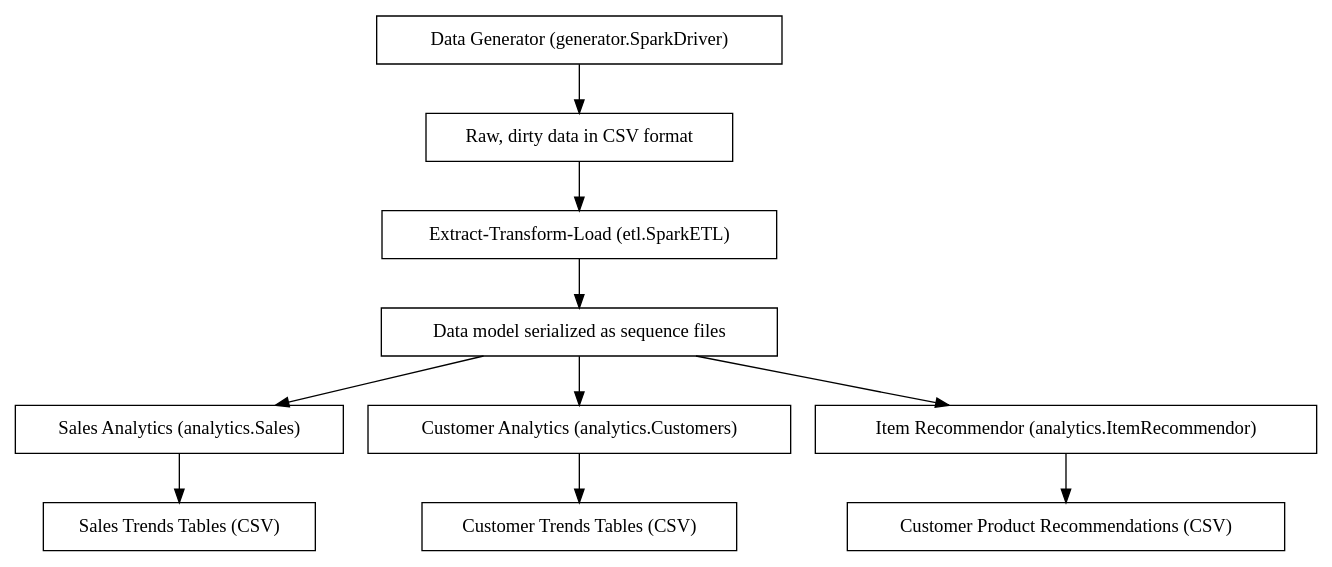
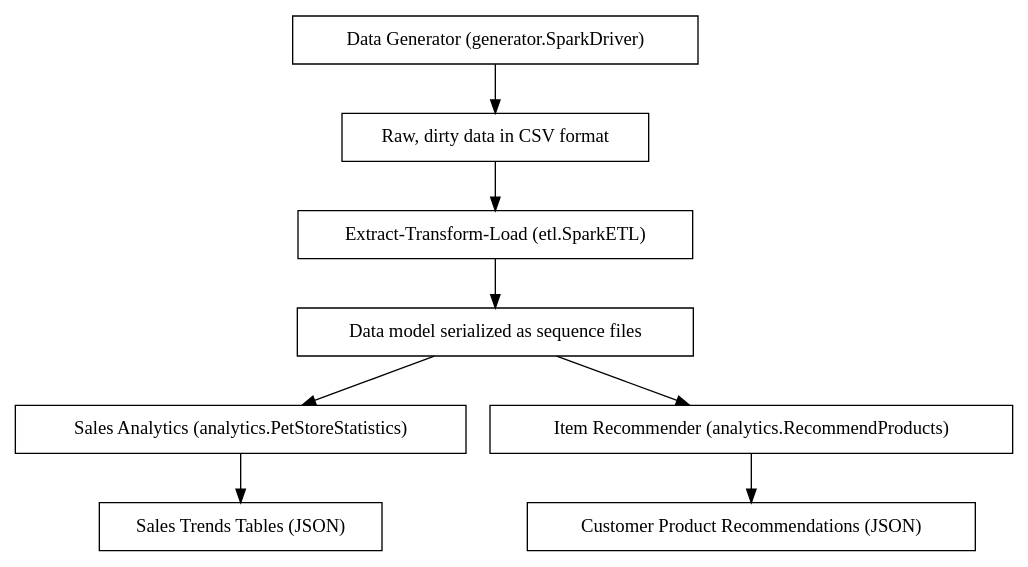
One commit to apache/bigtop changed the diagram in bigtop-bigpetstore/bigpetstore-spark/arch.dot. Above: the diagram before and after it, drawn with Graphviz.

Commit message:
BIGTOP-2695: arch.dot for bigpetstore-spark is outdated

```diff
--- a/bigtop-bigpetstore/bigpetstore-spark/arch.dot
+++ b/bigtop-bigpetstore/bigpetstore-spark/arch.dot
@@ -1,36 +1,33 @@
 /**
 * Licensed to the Apache Software Foundation (ASF) under one or more
 * contributor license agreements.  See the NOTICE file distributed with
 * this work for additional information regarding copyright ownership.
 * The ASF licenses this file to You under the Apache License, Version 2.0
 * (the "License"); you may not use this file except in compliance with
 * the License.  You may obtain a copy of the License at
 * http://www.apache.org/licenses/LICENSE-2.0
 *
 * Unless required by applicable law or agreed to in writing, software
 * distributed under the License is distributed on an "AS IS" BASIS,
 * WITHOUT WARRANTIES OR CONDITIONS OF ANY KIND, either express or implied.
 * See the License for the specific language governing permissions and
 * limitations under the License.
 */
 digraph bigpetstore {
 
    node [shape=record];
 
 
    DIRTY_CSV [label="Raw, dirty data in CSV format"];
    STRUCTURED_DATA [label="Data model serialized as sequence files"];
    generator [label="Data Generator (generator.SparkDriver)"];
    ETL [label="Extract-Transform-Load (etl.SparkETL)"];
-   SalesAnalytics [label="Sales Analytics (analytics.Sales)"];
-   SalesTables [label="Sales Trends Tables (CSV)"];
-   CustomerAnalytics [label="Customer Analytics (analytics.Customers)"];
-   CustomerTables [label="Customer Trends Tables (CSV)"];
-   ItemRecommender [label="Item Recommendor (analytics.ItemRecommendor)"];
-   ItemRecommendations [label="Customer Product Recommendations (CSV)"];
+   SalesAnalytics [label="Sales Analytics (analytics.PetStoreStatistics)"];
+   SalesTables [label="Sales Trends Tables (JSON)"];
+   ItemRecommender [label="Item Recommender (analytics.RecommendProducts)"];
+   ItemRecommendations [label="Customer Product Recommendations (JSON)"];
 
    generator -> DIRTY_CSV -> ETL -> STRUCTURED_DATA;
    STRUCTURED_DATA -> SalesAnalytics -> SalesTables;
-   STRUCTURED_DATA -> CustomerAnalytics -> CustomerTables;
    STRUCTURED_DATA -> ItemRecommender -> ItemRecommendations;
 }
```
